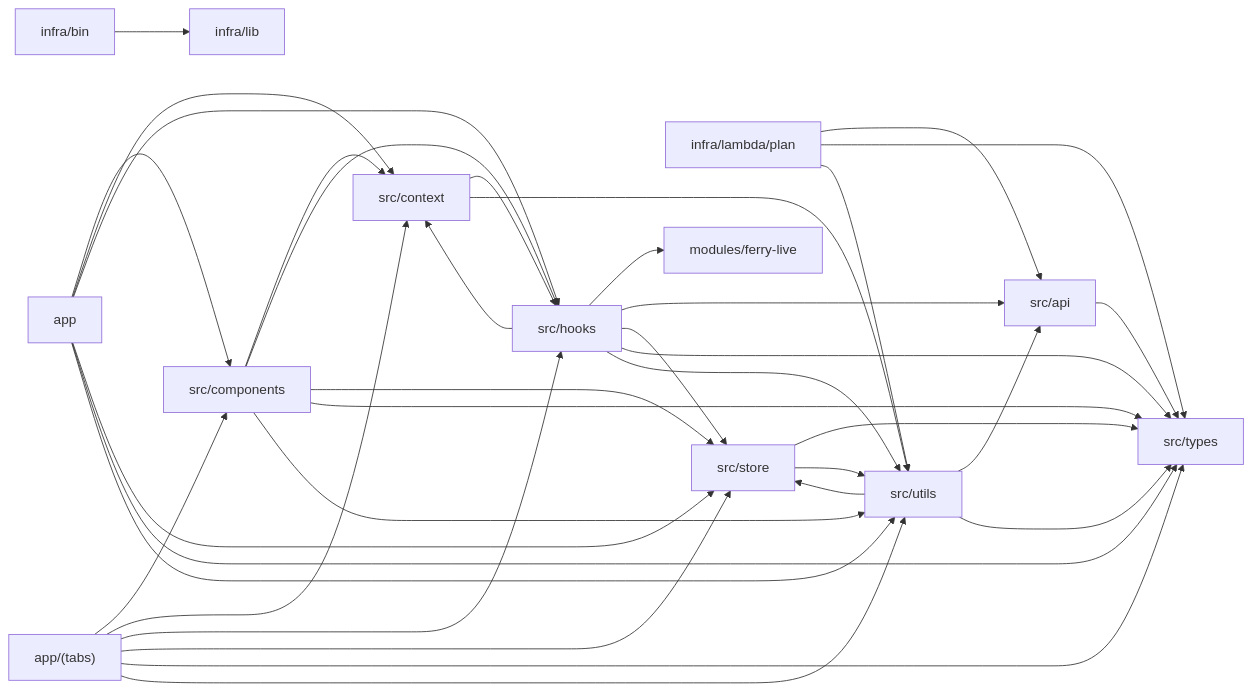
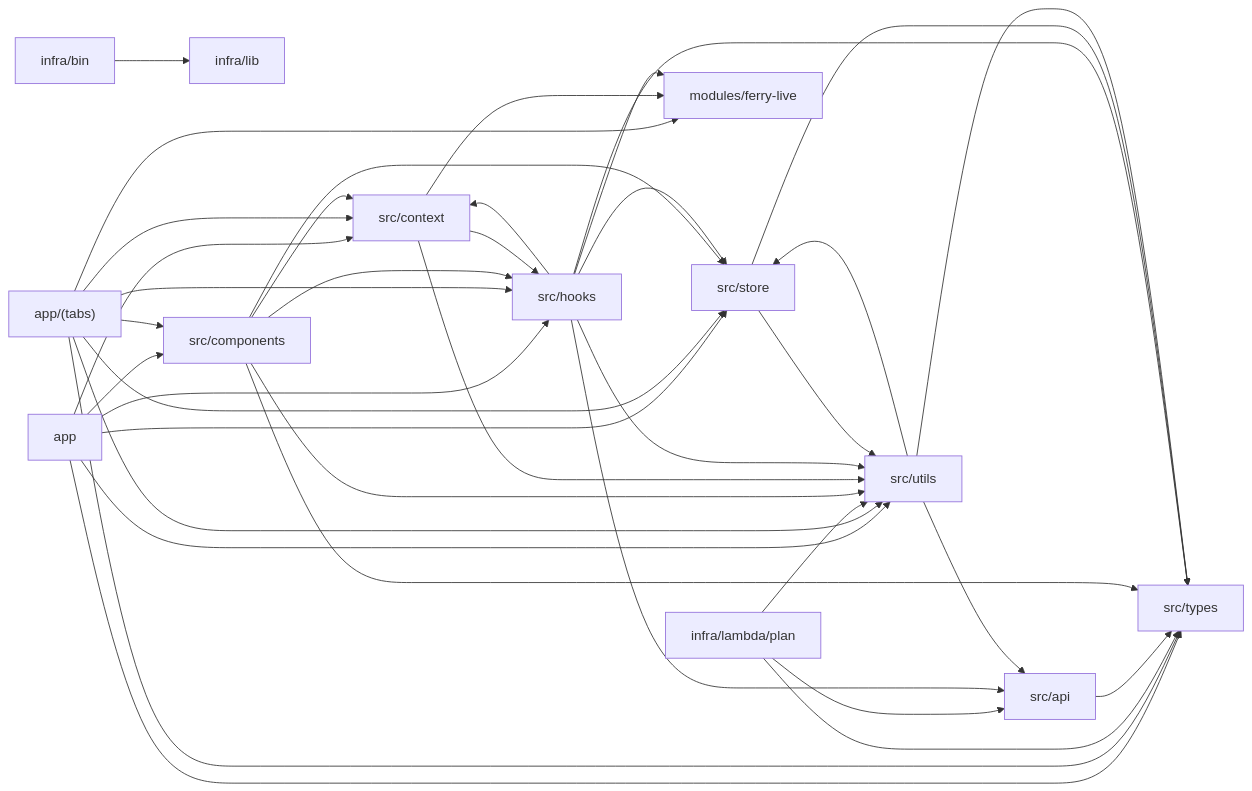
The diagram in docs/spec/_systems/architecture.md (rufbulldog/ferry-tracker), drawn with Mermaid before and after one commit. The commit also changed other lines of this file and 28 other files, not shown here.

````diff
--- a/docs/spec/_systems/architecture.md
+++ b/docs/spec/_systems/architecture.md
@@ -20,51 +20,53 @@
 ```mermaid
 flowchart LR
   n_app["app"]
   n_app_tabs["app/(tabs)"]
   n_infra_bin["infra/bin"]
   n_infra_lambda_plan["infra/lambda/plan"]
   n_infra_lib["infra/lib"]
   n_modules_ferry_live["modules/ferry-live"]
   n_src_api["src/api"]
   n_src_components["src/components"]
   n_src_context["src/context"]
   n_src_hooks["src/hooks"]
   n_src_store["src/store"]
   n_src_types["src/types"]
   n_src_utils["src/utils"]
   n_app --> n_src_components
   n_app --> n_src_context
   n_app --> n_src_hooks
   n_app --> n_src_store
   n_app --> n_src_types
   n_app --> n_src_utils
+  n_app_tabs --> n_modules_ferry_live
   n_app_tabs --> n_src_components
   n_app_tabs --> n_src_context
   n_app_tabs --> n_src_hooks
   n_app_tabs --> n_src_store
   n_app_tabs --> n_src_types
   n_app_tabs --> n_src_utils
   n_infra_bin --> n_infra_lib
   n_infra_lambda_plan --> n_src_api
   n_infra_lambda_plan --> n_src_types
   n_infra_lambda_plan --> n_src_utils
   n_src_api --> n_src_types
   n_src_components --> n_src_context
   n_src_components --> n_src_hooks
   n_src_components --> n_src_store
   n_src_components --> n_src_types
   n_src_components --> n_src_utils
+  n_src_context --> n_modules_ferry_live
   n_src_context --> n_src_hooks
   n_src_context --> n_src_utils
   n_src_hooks --> n_modules_ferry_live
   n_src_hooks --> n_src_api
   n_src_hooks --> n_src_context
   n_src_hooks --> n_src_store
   n_src_hooks --> n_src_types
   n_src_hooks --> n_src_utils
   n_src_store --> n_src_types
   n_src_store --> n_src_utils
   n_src_utils --> n_src_api
   n_src_utils --> n_src_store
   n_src_utils --> n_src_types
 ```
````
